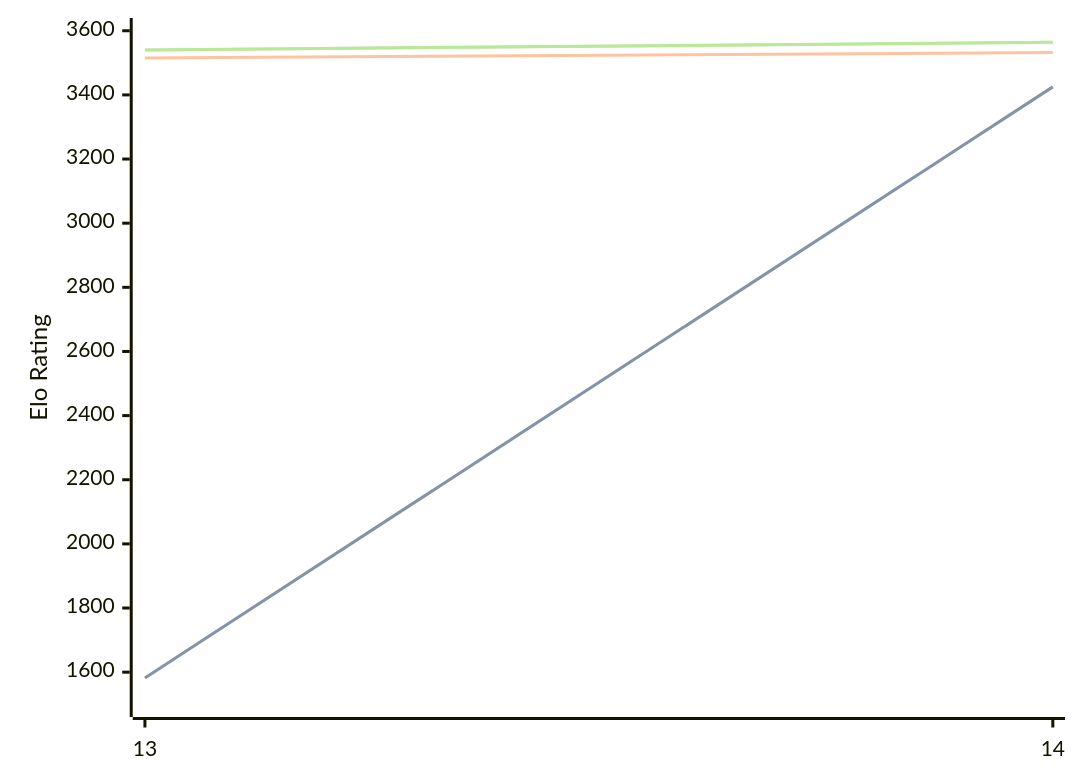
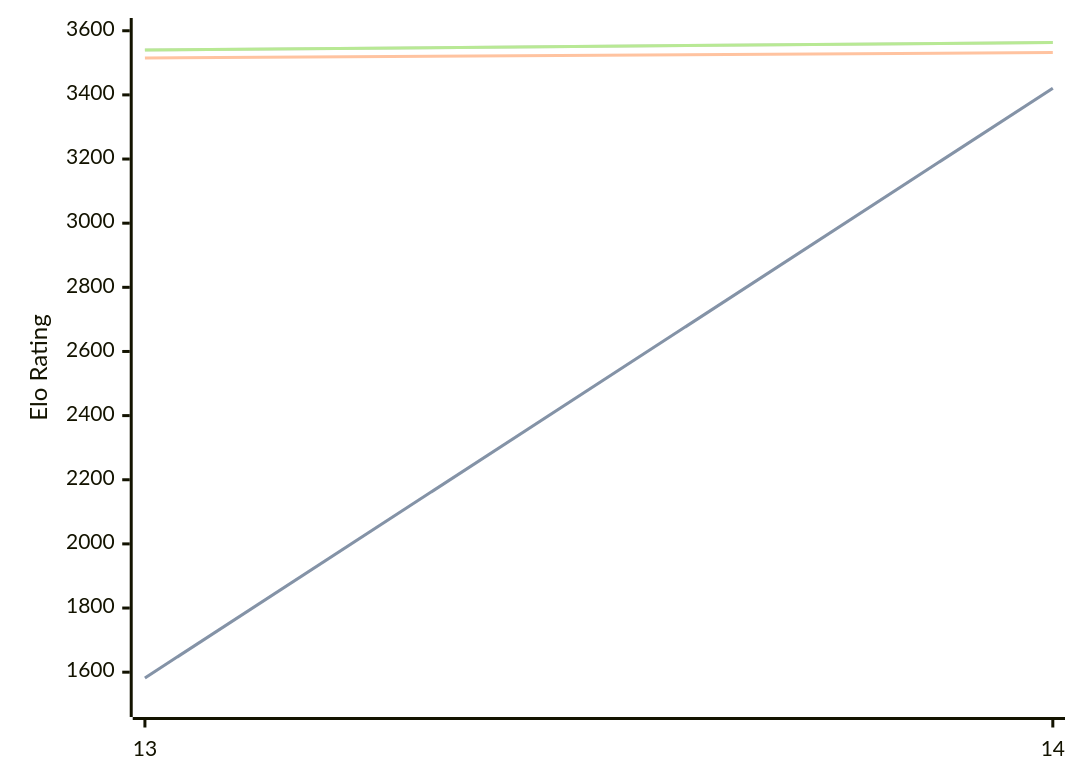
Before and after one commit to computer-chess-index/cci: the diagram in engines/Berserk.md, drawn with Mermaid. The commit also changed other lines of this file, not shown here.

Commit message:
Update CCI Ratings (ELO VLTC) - 2026-07-27

````diff
--- a/engines/Berserk.md
+++ b/engines/Berserk.md
@@ -63,11 +63,11 @@
 ```mermaid
 %%{init: {"theme":"base","themeVariables":{"seriesColors:['#a3a3a3','#222221','#faa371']}}}%%
 xychart-beta
   x-axis ["13", "14"]
   y-axis "Elo Rating" 1500 --> 3600
-  line "STC (8.0+0.08s)" [1582, 3425]
-  line "STC (8.0+0.08s)" [1582, 3425]
+  line "STC (8.0+0.08s)" [1582, 3421]
+  line "STC (8.0+0.08s)" [1582, 3421]
   line "LTC (60.0+0.60s)" [3515, 3532]
-  line "VLTC (2m24s+1.12s)" [3540, 3564]
-  line "VLTC (2m24s+1.12s)" [3540, 3564]
+  line "VLTC (2m24s+1.12s)" [3540, 3563]
+  line "VLTC (2m24s+1.12s)" [3540, 3563]
 ```
````
